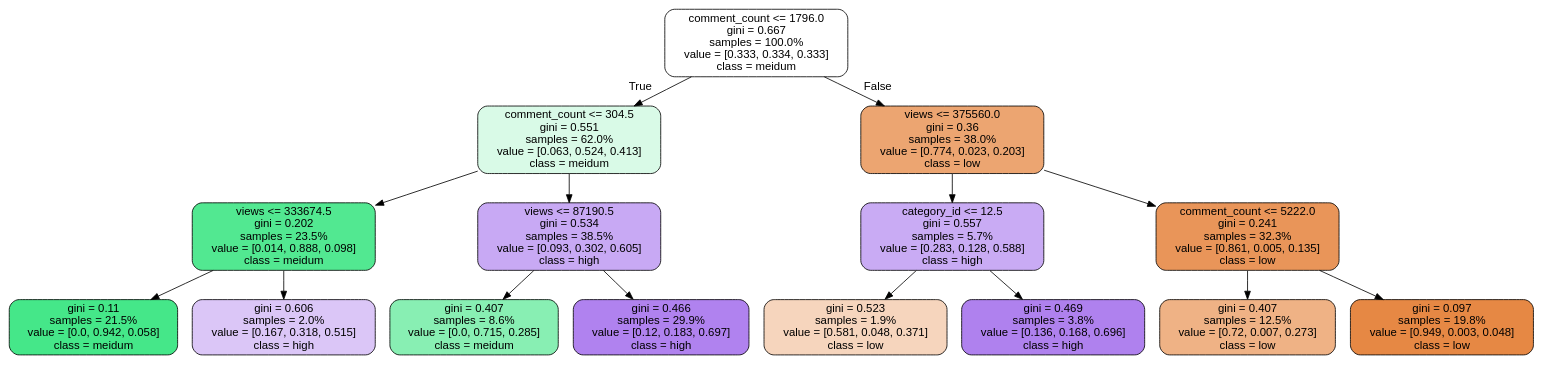
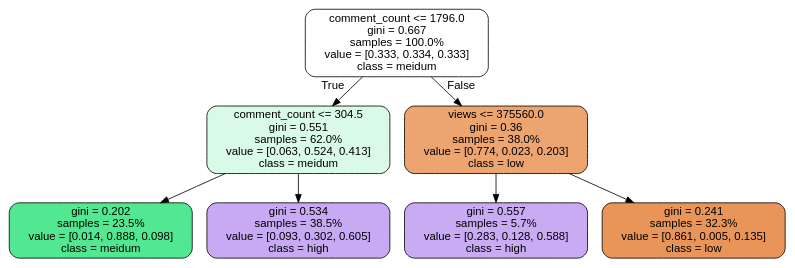
Before and after one commit to eric11eca/CSSE490-YouTube-data-mining: the diagram in GB Videos/tree.dot, drawn with Graphviz. The commit also changed 31 other files, not shown here.

Commit message:
update graphs

```diff
--- a/GB Videos/tree.dot
+++ b/GB Videos/tree.dot
@@ -1,33 +1,17 @@
 digraph Tree {
 node [shape=box, style="filled, rounded", color="black", fontname=helvetica] ;
 edge [fontname=helvetica] ;
 0 [label="comment_count <= 1796.0\ngini = 0.667\nsamples = 100.0%\nvalue = [0.333, 0.334, 0.333]\nclass = meidum", fillcolor="#ffffff"] ;
 1 [label="comment_count <= 304.5\ngini = 0.551\nsamples = 62.0%\nvalue = [0.063, 0.524, 0.413]\nclass = meidum", fillcolor="#d9fae7"] ;
 0 -> 1 [labeldistance=2.5, labelangle=45, headlabel="True"] ;
-2 [label="views <= 333674.5\ngini = 0.202\nsamples = 23.5%\nvalue = [0.014, 0.888, 0.098]\nclass = meidum", fillcolor="#52e891"] ;
+2 [label="gini = 0.202\nsamples = 23.5%\nvalue = [0.014, 0.888, 0.098]\nclass = meidum", fillcolor="#52e891"] ;
 1 -> 2 ;
-3 [label="gini = 0.11\nsamples = 21.5%\nvalue = [0.0, 0.942, 0.058]\nclass = meidum", fillcolor="#45e789"] ;
-2 -> 3 ;
-4 [label="gini = 0.606\nsamples = 2.0%\nvalue = [0.167, 0.318, 0.515]\nclass = high", fillcolor="#dbc6f7"] ;
-2 -> 4 ;
-5 [label="views <= 87190.5\ngini = 0.534\nsamples = 38.5%\nvalue = [0.093, 0.302, 0.605]\nclass = high", fillcolor="#c8a9f4"] ;
-1 -> 5 ;
-6 [label="gini = 0.407\nsamples = 8.6%\nvalue = [0.0, 0.715, 0.285]\nclass = meidum", fillcolor="#88efb3"] ;
-5 -> 6 ;
-7 [label="gini = 0.466\nsamples = 29.9%\nvalue = [0.12, 0.183, 0.697]\nclass = high", fillcolor="#b082ef"] ;
-5 -> 7 ;
-8 [label="views <= 375560.0\ngini = 0.36\nsamples = 38.0%\nvalue = [0.774, 0.023, 0.203]\nclass = low", fillcolor="#eca571"] ;
-0 -> 8 [labeldistance=2.5, labelangle=-45, headlabel="False"] ;
-9 [label="category_id <= 12.5\ngini = 0.557\nsamples = 5.7%\nvalue = [0.283, 0.128, 0.588]\nclass = high", fillcolor="#c9abf4"] ;
-8 -> 9 ;
-10 [label="gini = 0.523\nsamples = 1.9%\nvalue = [0.581, 0.048, 0.371]\nclass = low", fillcolor="#f6d5bd"] ;
-9 -> 10 ;
-11 [label="gini = 0.469\nsamples = 3.8%\nvalue = [0.136, 0.168, 0.696]\nclass = high", fillcolor="#af81ee"] ;
-9 -> 11 ;
-12 [label="comment_count <= 5222.0\ngini = 0.241\nsamples = 32.3%\nvalue = [0.861, 0.005, 0.135]\nclass = low", fillcolor="#e99559"] ;
-8 -> 12 ;
-13 [label="gini = 0.407\nsamples = 12.5%\nvalue = [0.72, 0.007, 0.273]\nclass = low", fillcolor="#efb285"] ;
-12 -> 13 ;
-14 [label="gini = 0.097\nsamples = 19.8%\nvalue = [0.949, 0.003, 0.048]\nclass = low", fillcolor="#e68844"] ;
-12 -> 14 ;
+3 [label="gini = 0.534\nsamples = 38.5%\nvalue = [0.093, 0.302, 0.605]\nclass = high", fillcolor="#c8a9f4"] ;
+1 -> 3 ;
+4 [label="views <= 375560.0\ngini = 0.36\nsamples = 38.0%\nvalue = [0.774, 0.023, 0.203]\nclass = low", fillcolor="#eca571"] ;
+0 -> 4 [labeldistance=2.5, labelangle=-45, headlabel="False"] ;
+5 [label="gini = 0.557\nsamples = 5.7%\nvalue = [0.283, 0.128, 0.588]\nclass = high", fillcolor="#c9abf4"] ;
+4 -> 5 ;
+6 [label="gini = 0.241\nsamples = 32.3%\nvalue = [0.861, 0.005, 0.135]\nclass = low", fillcolor="#e99559"] ;
+4 -> 6 ;
 }
```
